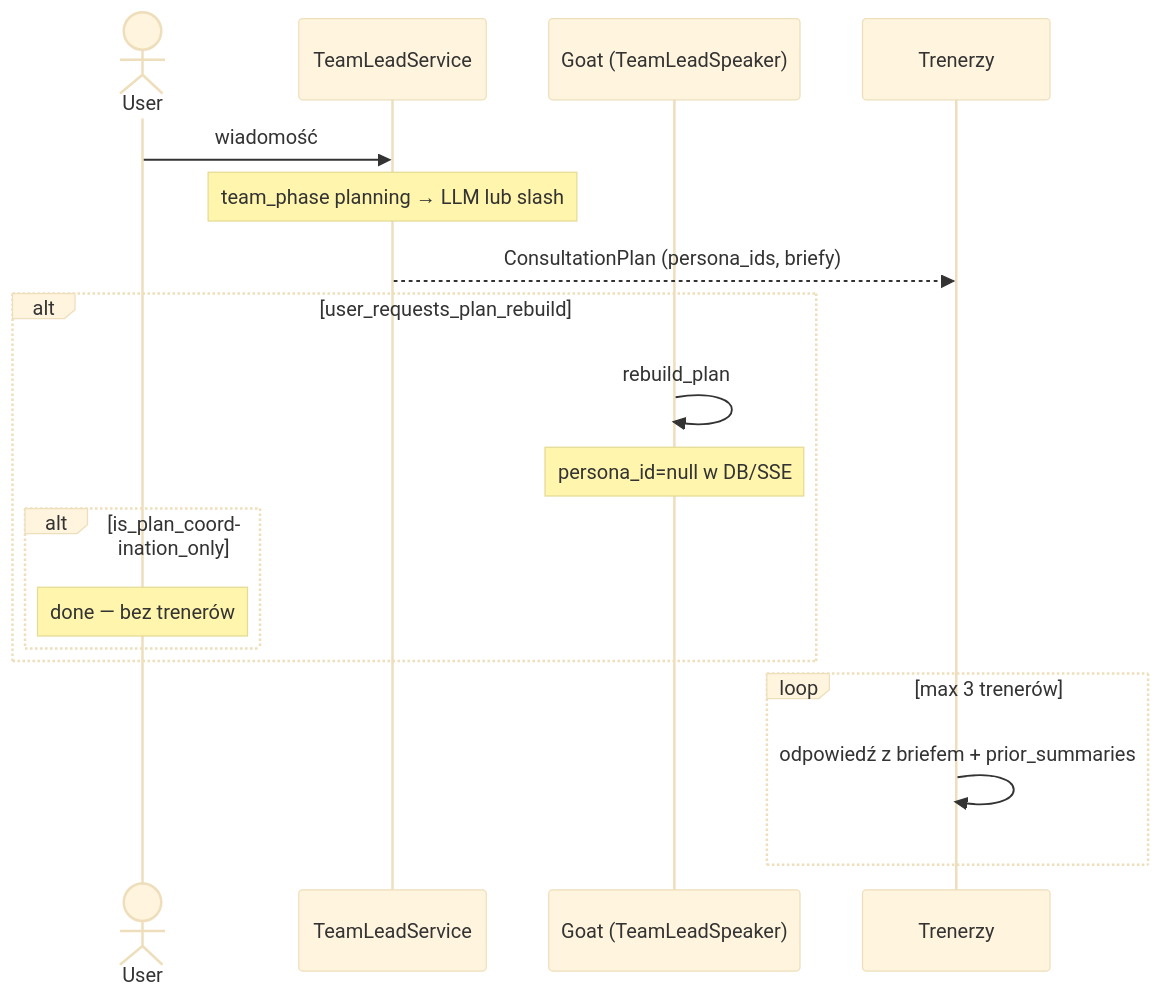
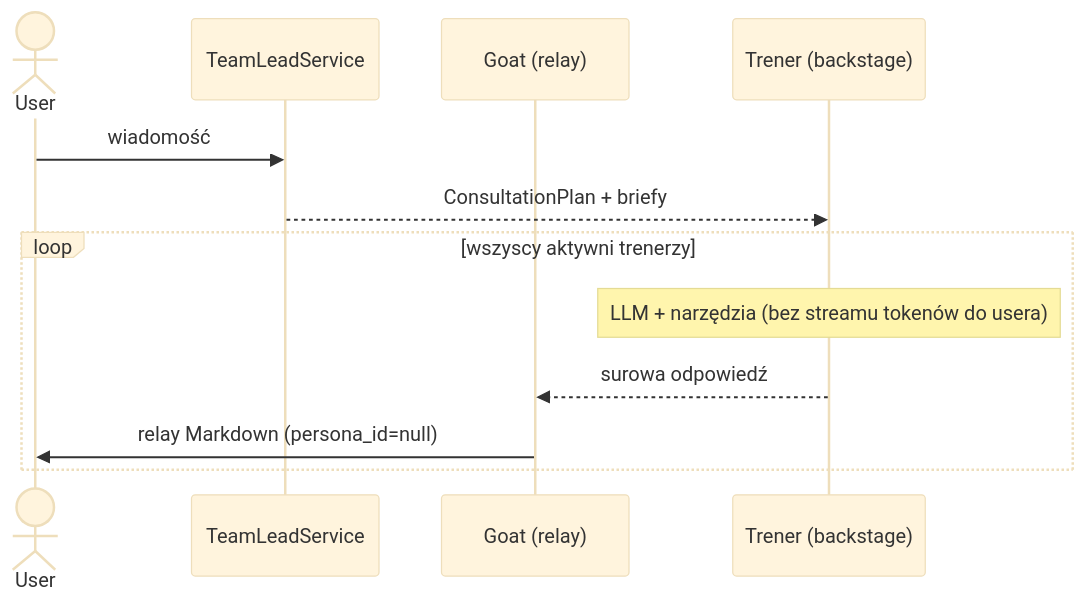
One commit to fifmazurkiewicz/goat changed the diagram in docs/technical/team-lead.md. Above: the diagram before and after it, drawn with Mermaid (base theme). The commit also changed other lines of this file and 19 other files, not shown here.

First line of the commit message:
Ogólna rozmowa: Goat relay, roundtable i backstage trenerów.

````diff
--- a/docs/technical/team-lead.md
+++ b/docs/technical/team-lead.md
@@ -20,23 +20,15 @@
 ```mermaid
 sequenceDiagram
     actor U as User
     participant TL as TeamLeadService
-    participant GO as Goat (TeamLeadSpeaker)
-    participant TR as Trenerzy
+    participant GO as Goat (relay)
+    participant TR as Trener (backstage)
 
     U->>TL: wiadomość
-    Note over TL: team_phase planning → LLM lub slash
-    TL-->>TR: ConsultationPlan (persona_ids, briefy)
-
-    alt user_requests_plan_rebuild
-        GO->>GO: rebuild_plan
-        Note over GO: persona_id=null w DB/SSE
-        alt is_plan_coordination_only
-            Note over U: done — bez trenerów
-        end
-    end
-
-    loop max 3 trenerów
-        TR->>TR: odpowiedź z briefem + prior_summaries
+    TL-->>TR: ConsultationPlan + briefy
+    loop wszyscy aktywni trenerzy
+        Note over TR: LLM + narzędzia (bez streamu tokenów do usera)
+        TR-->>GO: surowa odpowiedź
+        GO->>U: relay Markdown (persona_id=null)
     end
 ```
````
